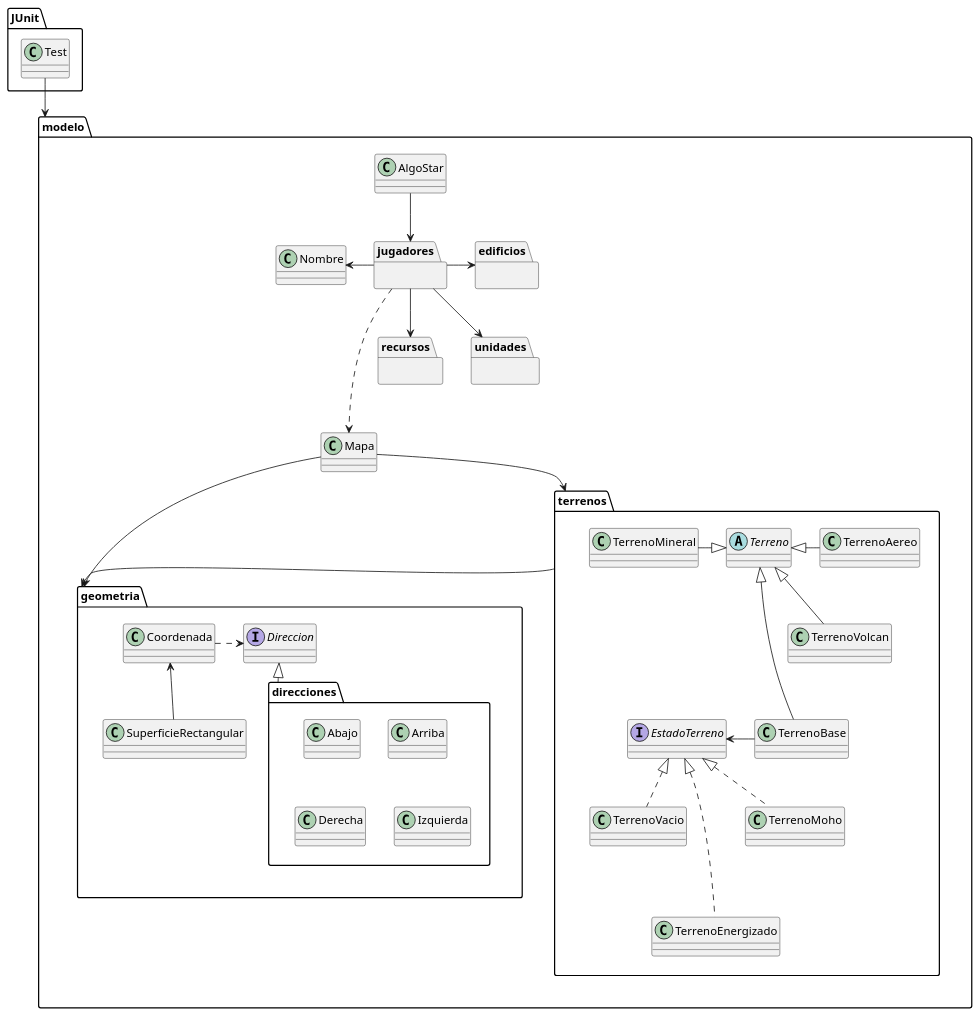
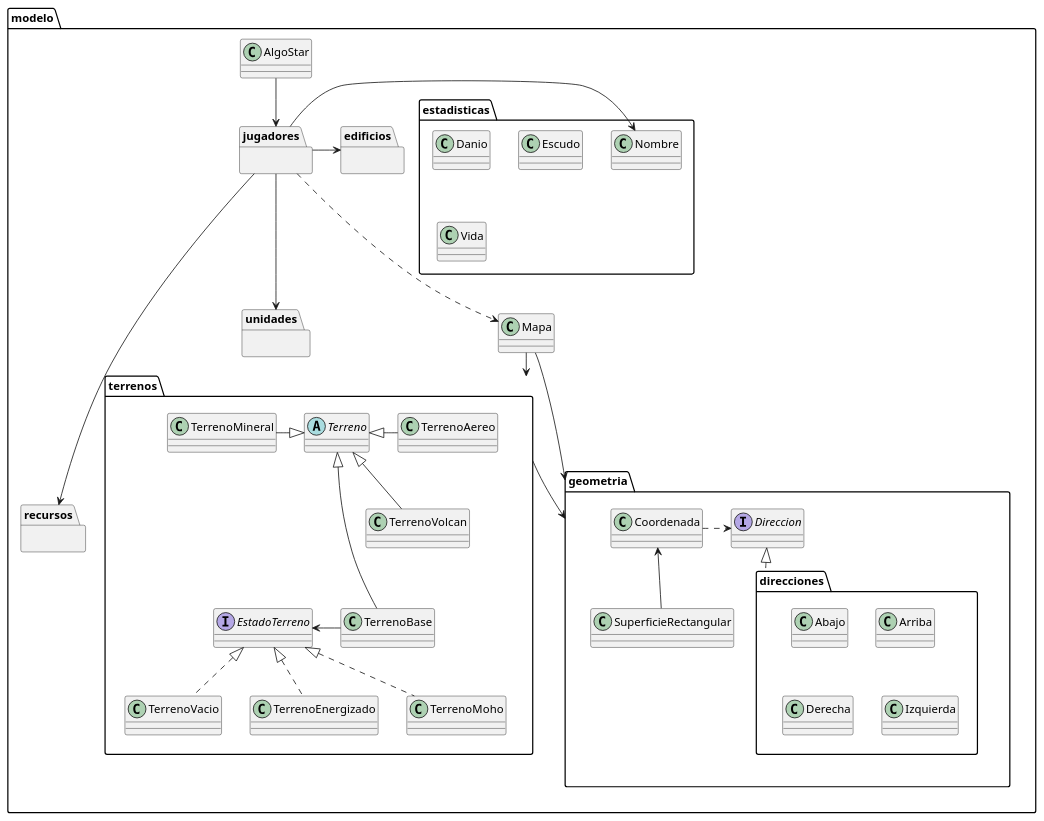
One commit to LucasMBarrientos/algo3_tp2 changed the diagram in diagrams/Modelo/packages/diagramaDePaquete.puml. Above: the diagram before and after it, drawn with PlantUML. The commit also changed 4 other files, not shown here.

```diff
--- a/diagrams/Modelo/packages/diagramaDePaquete.puml
+++ b/diagrams/Modelo/packages/diagramaDePaquete.puml
@@ -1,86 +1,88 @@
 @startuml
 
 
 
 package modelo {
 class AlgoStar
 class Mapa
-class Nombre
 
 package edificios {
 
 }
 
 package geometria {
 package direcciones{
 class Abajo
 class Arriba
 class Derecha
 class Izquierda
 }
 interface Direccion
 class Coordenada
 class SuperficieRectangular
 Coordenada .> Direccion
 Direccion <|.. direcciones
 SuperficieRectangular -up-> Coordenada
 }
 package jugadores {
 'class Inventario
 'abstract Jugador
 'class JugadorZerg
 'class JugadorProtoss
 
 'Jugador -> Inventario
 'Jugador <|--JugadorProtoss
 'Jugador <|-left JugadorZerg
 'Inventario .up> recursos
 
 }
 package recursos {
 
 }
 package terrenos {
 interface EstadoTerreno
 abstract Terreno
 Terreno <|- TerrenoAereo
 Terreno <|-left- TerrenoMineral
 Terreno <|-- TerrenoVolcan
 Terreno <|--- TerrenoBase
 EstadoTerreno <- TerrenoBase
 EstadoTerreno <|-. TerrenoVacio
-EstadoTerreno <|-.. TerrenoEnergizado
+EstadoTerreno <|.. TerrenoEnergizado
 EstadoTerreno <|-. TerrenoMoho
 
 }
 
 package unidades {
 }
+package estadisticas {
+class Nombre
+class Danio
+class Escudo
+class Vida
+
+}
 
 
 }
 AlgoStar --> jugadores
-jugadores -> edificios
-jugadores --> unidades
+jugadores -------right--> edificios
+jugadores ---> unidades
 jugadores ...> Mapa
 Mapa    -down-> terrenos
 Mapa    -down-> geometria
 terrenos  --> geometria
-jugadores -left--> Nombre
-jugadores --> recursos
+jugadores -right--> Nombre
+jugadores -----> recursos
 
 'edificios -->estadisticas
 'unidades -down-> estadisticas
 
 'Inventario -> recursos
 'edificios <-right- Inventario
 'Inventario -down-> unidades
 
 'class Inventario
 
-package JUnit {
-        class Test
 
-}
-Test --> modelo
 @enduml
```
